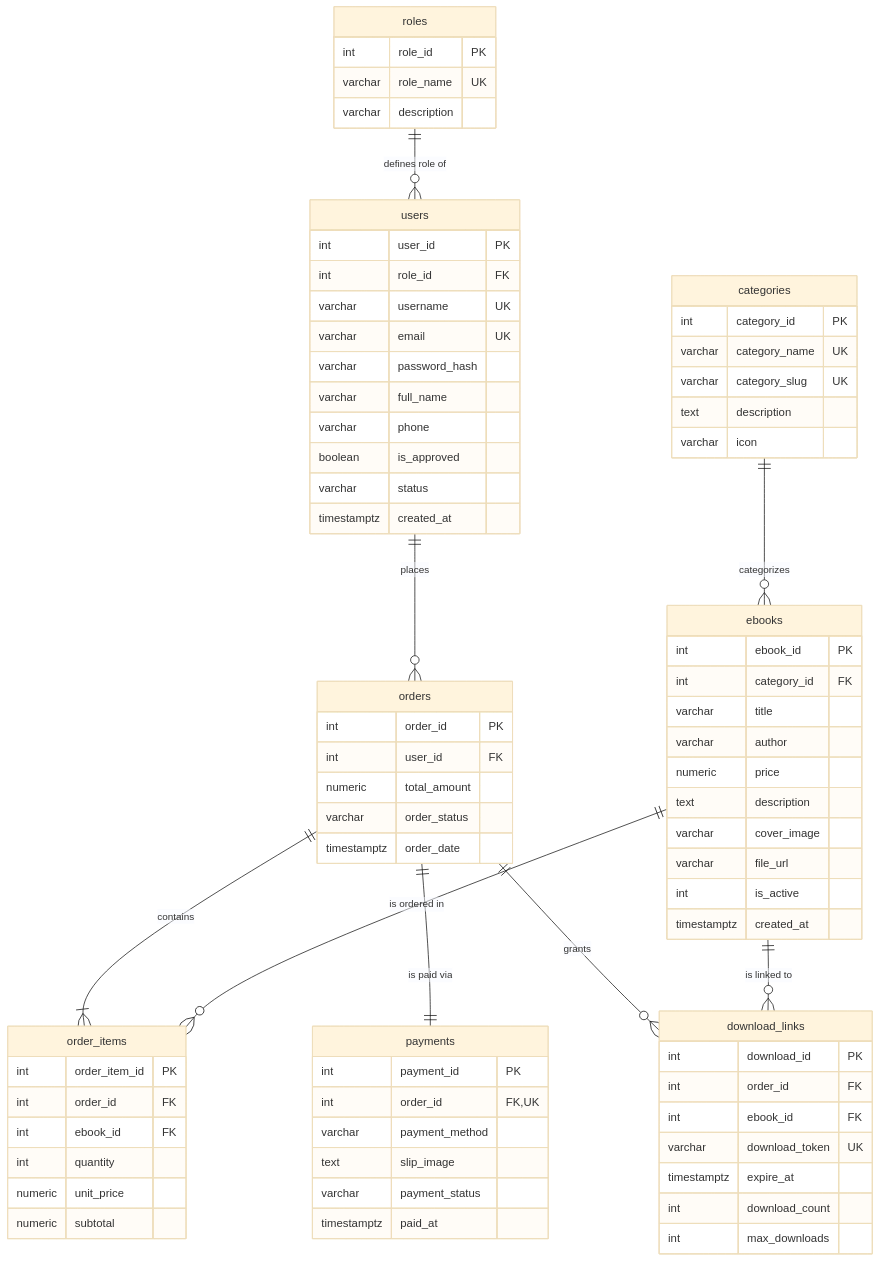
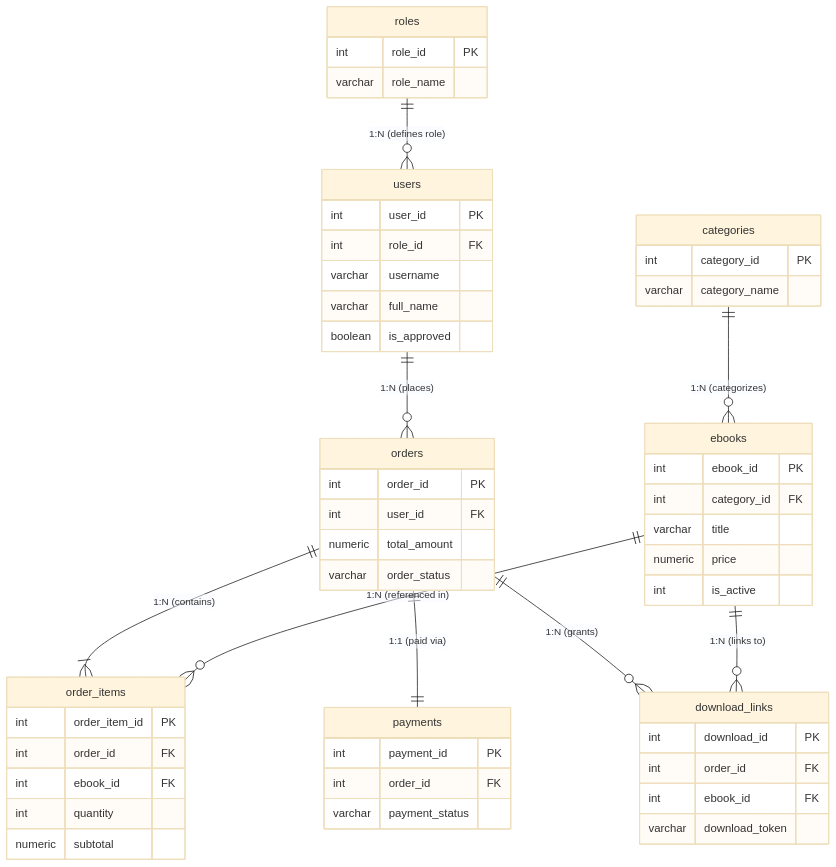
The diagram in DATABASE_MINI_PROJECT_REPORT.md (wichakorn4/EbookGenZ), drawn with Mermaid (base theme) before and after one commit. The commit also changed other lines of this file, not shown here.

Commit message:
Optimize ER diagram and print styling to prevent large blank spaces in PDF

````diff
--- a/DATABASE_MINI_PROJECT_REPORT.md
+++ b/DATABASE_MINI_PROJECT_REPORT.md
@@ -91,87 +107,58 @@
 ```mermaid
 erDiagram
-    roles ||--o{ users : "defines role of"
-    users ||--o{ orders : "places"
-    categories ||--o{ ebooks : "categorizes"
-    orders ||--|{ order_items : "contains"
-    ebooks ||--o{ order_items : "is ordered in"
-    orders ||--|| payments : "is paid via"
-    orders ||--o{ download_links : "grants"
-    ebooks ||--o{ download_links : "is linked to"
+    roles ||--o{ users : "1:N (defines role)"
+    users ||--o{ orders : "1:N (places)"
+    categories ||--o{ ebooks : "1:N (categorizes)"
+    orders ||--|{ order_items : "1:N (contains)"
+    ebooks ||--o{ order_items : "1:N (referenced in)"
+    orders ||--|| payments : "1:1 (paid via)"
+    orders ||--o{ download_links : "1:N (grants)"
+    ebooks ||--o{ download_links : "1:N (links to)"
 
     roles {
         int role_id PK
-        varchar role_name UK
-        varchar description
+        varchar role_name
     }
-
     users {
         int user_id PK
         int role_id FK
-        varchar username UK
-        varchar email UK
-        varchar password_hash
+        varchar username
         varchar full_name
-        varchar phone
         boolean is_approved
-        varchar status
-        timestamptz created_at
     }
-
     categories {
         int category_id PK
-        varchar category_name UK
-        varchar category_slug UK
-        text description
-        varchar icon
+        varchar category_name
     }
-
     ebooks {
         int ebook_id PK
         int category_id FK
         varchar title
-        varchar author
         numeric price
-        text description
-        varchar cover_image
-        varchar file_url
         int is_active
-        timestamptz created_at
     }
-
     orders {
         int order_id PK
         int user_id FK
         numeric total_amount
         varchar order_status
-        timestamptz order_date
     }
-
     order_items {
         int order_item_id PK
         int order_id FK
         int ebook_id FK
         int quantity
-        numeric unit_price
         numeric subtotal
     }
-
     payments {
         int payment_id PK
-        int order_id FK,UK
-        varchar payment_method
-        text slip_image
+        int order_id FK
         varchar payment_status
-        timestamptz paid_at
     }
-
     download_links {
         int download_id PK
         int order_id FK
         int ebook_id FK
-        varchar download_token UK
-        timestamptz expire_at
-        int download_count
-        int max_downloads
+        varchar download_token
     }
 ```
````
